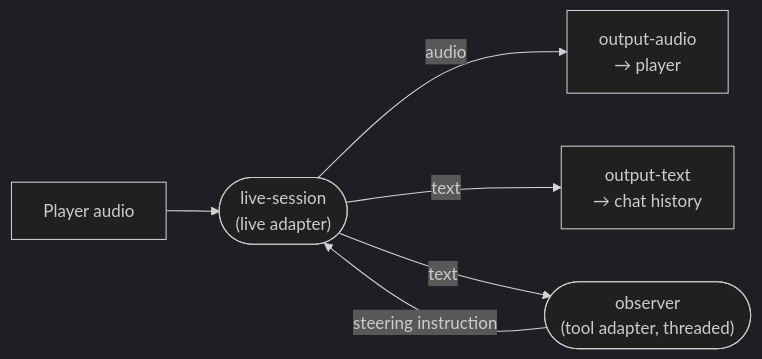
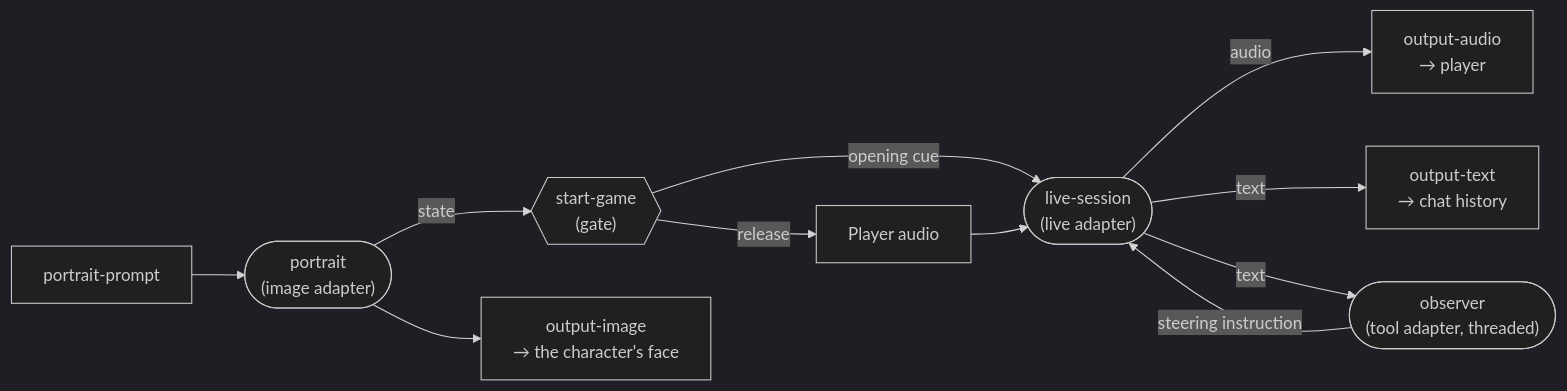
Before and after one commit to flocko-motion/chatgamelab: the second of 2 diagrams in engine/ENGINE.md, drawn with Mermaid (dark theme). The commit also changed other lines of this file and 456 other files, not shown here.

````diff
--- a/engine/ENGINE.md
+++ b/engine/ENGINE.md
@@ -241,18 +253,29 @@
 ```mermaid
 graph LR
+    PP["portrait-prompt"]
+    IMG(["portrait
+    (image adapter)"])
+    GATE{{"start-game
+    (gate)"}}
     MIC["Player audio"]
     LIVE(["live-session
     (live adapter)"])
     OBS(["observer
     (tool adapter, threaded)"])
+    FEI["output-image
+    → the character's face"]
     FEA["output-audio
     → player"]
     FET["output-text
     → chat history"]
 
+    PP --> IMG --> FEI
+    IMG -- state --> GATE
+    GATE -- release --> MIC
+    GATE -- "opening cue" --> LIVE
     MIC --> LIVE
     LIVE -- audio --> FEA
     LIVE -- text --> FET
     LIVE -- text --> OBS
     OBS -- "steering instruction" --> LIVE
 ```
````
